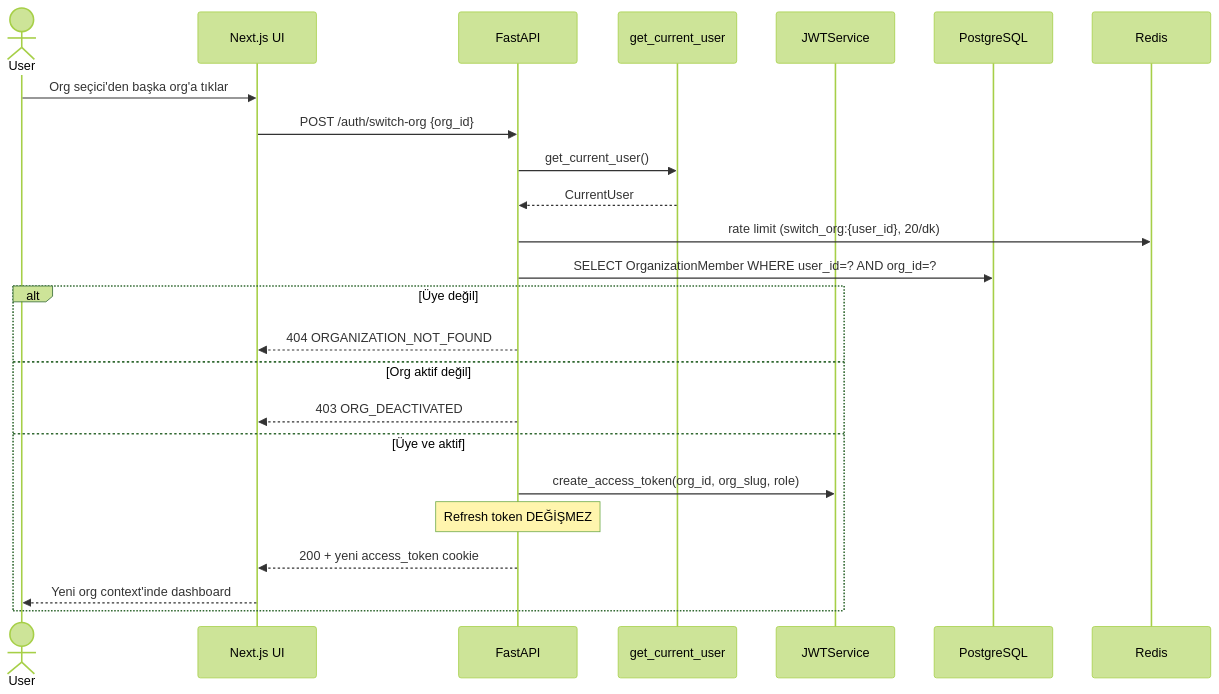
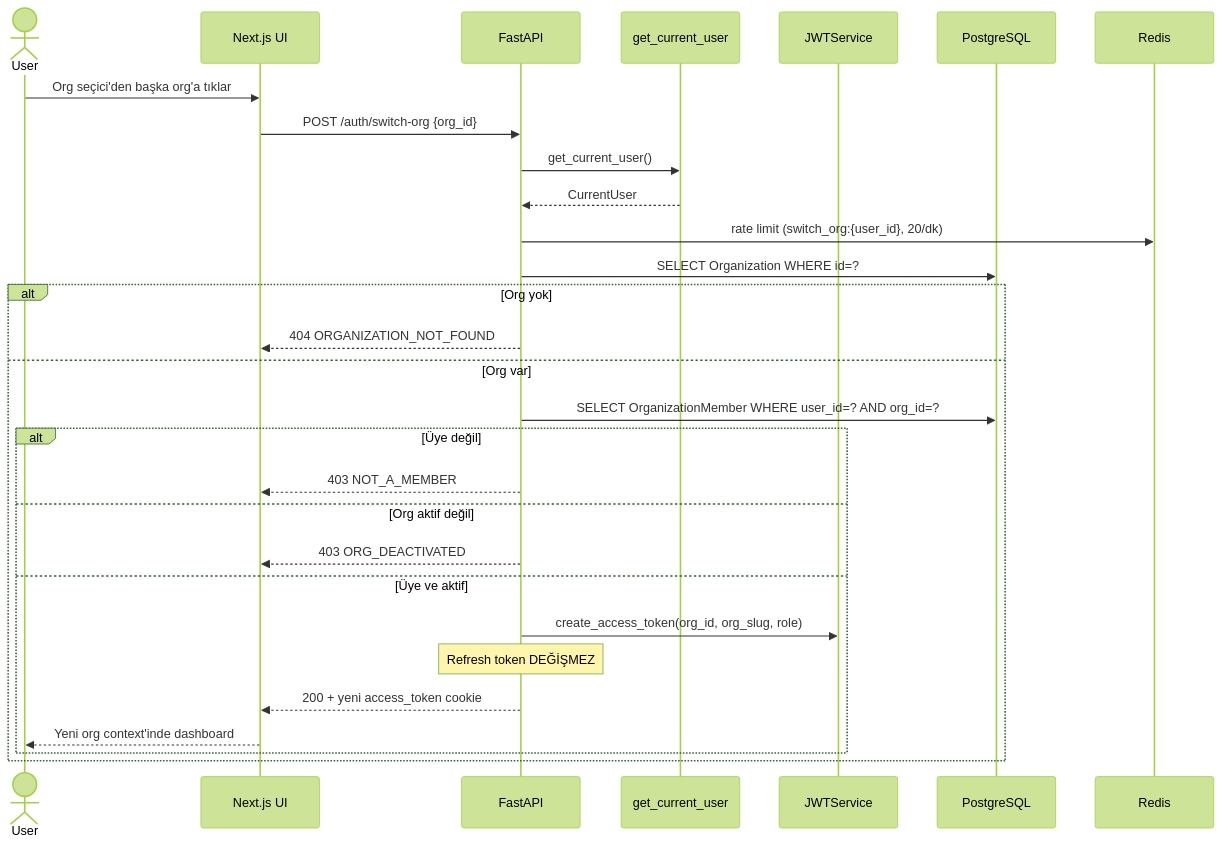
One commit to kutluhaan/AI-Agent-Observatory-House changed the third of 6 diagrams in docs/diagrams/mermaid-codes/M4-diagrams.md. Above: the diagram before and after it, drawn with Mermaid (forest theme). The commit also changed other lines of this file and 7 other files, not shown here.

Commit message:
Mark M4 complete in docs and align diagrams with implementation.

````diff
--- a/docs/diagrams/mermaid-codes/M4-diagrams.md
+++ b/docs/diagrams/mermaid-codes/M4-diagrams.md
@@ -71,27 +74,32 @@
 ```mermaid
 sequenceDiagram
     actor User
     participant UI as Next.js UI
     participant API as FastAPI
     participant DEPS as get_current_user
     participant JWT as JWTService
     participant DB as PostgreSQL
     participant Redis
 
     User->>UI: Org seçici'den başka org'a tıklar
     UI->>API: POST /auth/switch-org {org_id}
     API->>DEPS: get_current_user()
     DEPS-->>API: CurrentUser
     API->>Redis: rate limit (switch_org:{user_id}, 20/dk)
-    API->>DB: SELECT OrganizationMember WHERE user_id=? AND org_id=?
-    alt Üye değil
+    API->>DB: SELECT Organization WHERE id=?
+    alt Org yok
         API-->>UI: 404 ORGANIZATION_NOT_FOUND
-    else Org aktif değil
-        API-->>UI: 403 ORG_DEACTIVATED
-    else Üye ve aktif
-        API->>JWT: create_access_token(org_id, org_slug, role)
-        Note over API: Refresh token DEĞİŞMEZ
-        API-->>UI: 200 + yeni access_token cookie
-        UI-->>User: Yeni org context'inde dashboard
+    else Org var
+        API->>DB: SELECT OrganizationMember WHERE user_id=? AND org_id=?
+        alt Üye değil
+            API-->>UI: 403 NOT_A_MEMBER
+        else Org aktif değil
+            API-->>UI: 403 ORG_DEACTIVATED
+        else Üye ve aktif
+            API->>JWT: create_access_token(org_id, org_slug, role)
+            Note over API: Refresh token DEĞİŞMEZ
+            API-->>UI: 200 + yeni access_token cookie
+            UI-->>User: Yeni org context'inde dashboard
+        end
     end
 ```
````
